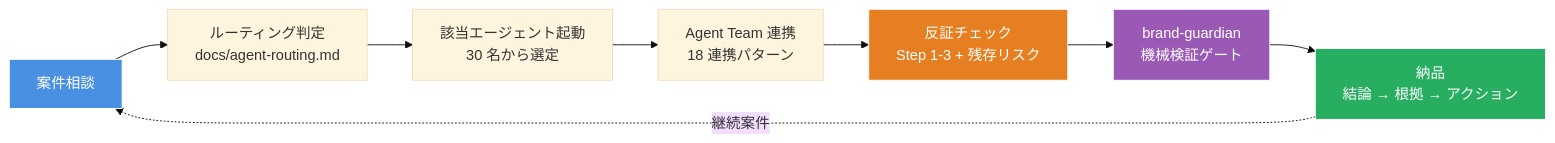
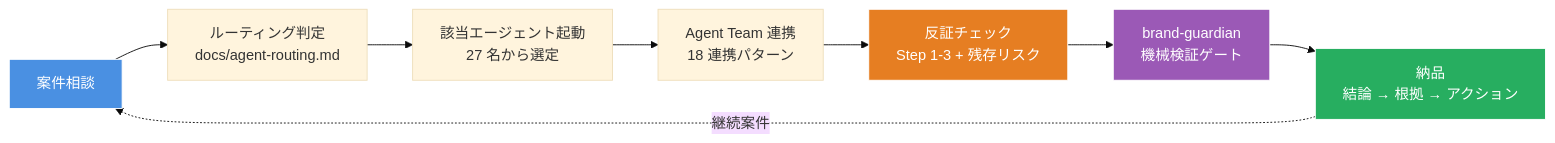
One commit to nbyk115/consulting-os changed the second of 4 diagrams in README.md. Above: the diagram before and after it, drawn with Mermaid (base theme). The commit also changed other lines of this file and 4 other files, not shown here.

````diff
--- a/README.md
+++ b/README.md
@@ -52,16 +52,16 @@
 ```mermaid
 flowchart LR
     A[案件相談] --> B[ルーティング判定<br/>docs/agent-routing.md]
-    B --> C[該当エージェント起動<br/>30 名から選定]
+    B --> C[該当エージェント起動<br/>27 名から選定]
     C --> D[Agent Team 連携<br/>18 連携パターン]
     D --> E[反証チェック<br/>Step 1-3 + 残存リスク]
     E --> F[brand-guardian<br/>機械検証ゲート]
     F --> G[納品<br/>結論 → 根拠 → アクション]
 
     G -.継続案件.-> A
 
     style A fill:#4a90e2,stroke:#fff,color:#fff
     style E fill:#e67e22,stroke:#fff,color:#fff
     style F fill:#9b59b6,stroke:#fff,color:#fff
     style G fill:#27ae60,stroke:#fff,color:#fff
 ```
````
